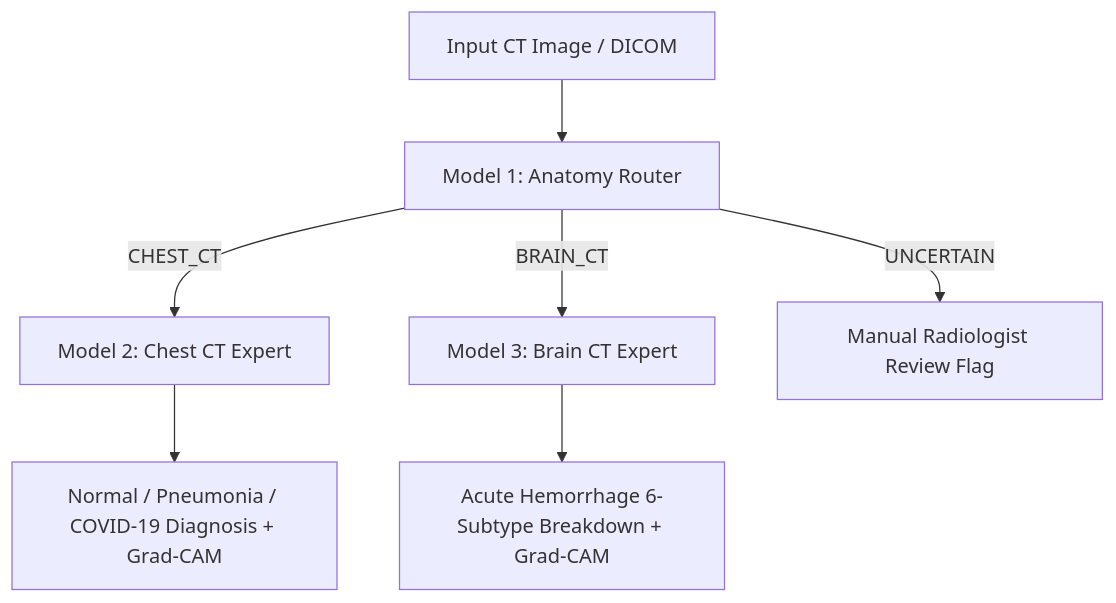
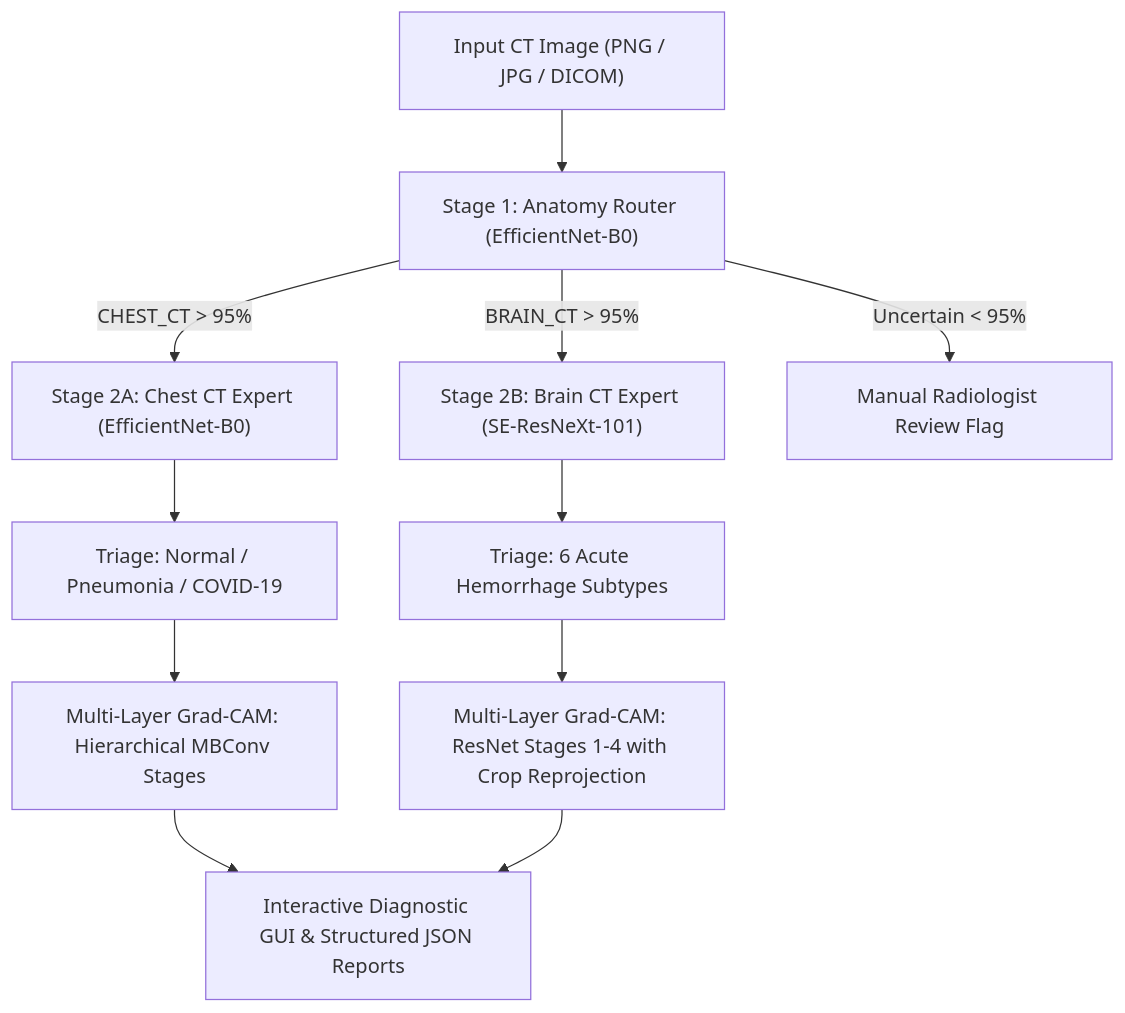
The diagram in README.md (adityakollapudi/CT_Router), drawn with Mermaid before and after one commit. The commit also changed other lines of this file and 1 other file, not shown here.

Commit message:
docs: comprehensive README with system architecture and gui_predict running guide

````diff
--- a/README.md
+++ b/README.md
@@ -5,10 +14,17 @@
 ```mermaid
 graph TD
-    A[Input CT Image / DICOM] --> B[Model 1: Anatomy Router]
-    B -->|CHEST_CT| C[Model 2: Chest CT Expert]
-    B -->|BRAIN_CT| D[Model 3: Brain CT Expert]
-    B -->|UNCERTAIN| E[Manual Radiologist Review Flag]
-
-    C --> F[Normal / Pneumonia / COVID-19 Diagnosis + Grad-CAM]
-    D --> G[Acute Hemorrhage 6-Subtype Breakdown + Grad-CAM]
+    A["Input CT Image (PNG / JPG / DICOM)"] --> B["Stage 1: Anatomy Router (EfficientNet-B0)"]
+    
+    B -->|CHEST_CT &gt; 95%| C["Stage 2A: Chest CT Expert (EfficientNet-B0)"]
+    B -->|BRAIN_CT &gt; 95%| D["Stage 2B: Brain CT Expert (SE-ResNeXt-101)"]
+    B -->|Uncertain &lt; 95%| E["Manual Radiologist Review Flag"]
+    
+    C --> F["Triage: Normal / Pneumonia / COVID-19"]
+    D --> G["Triage: 6 Acute Hemorrhage Subtypes"]
+    
+    F --> H["Multi-Layer Grad-CAM: Hierarchical MBConv Stages"]
+    G --> I["Multi-Layer Grad-CAM: ResNet Stages 1-4 with Crop Reprojection"]
+    
+    H --> J["Interactive Diagnostic GUI & Structured JSON Reports"]
+    I --> J
 ```
````
